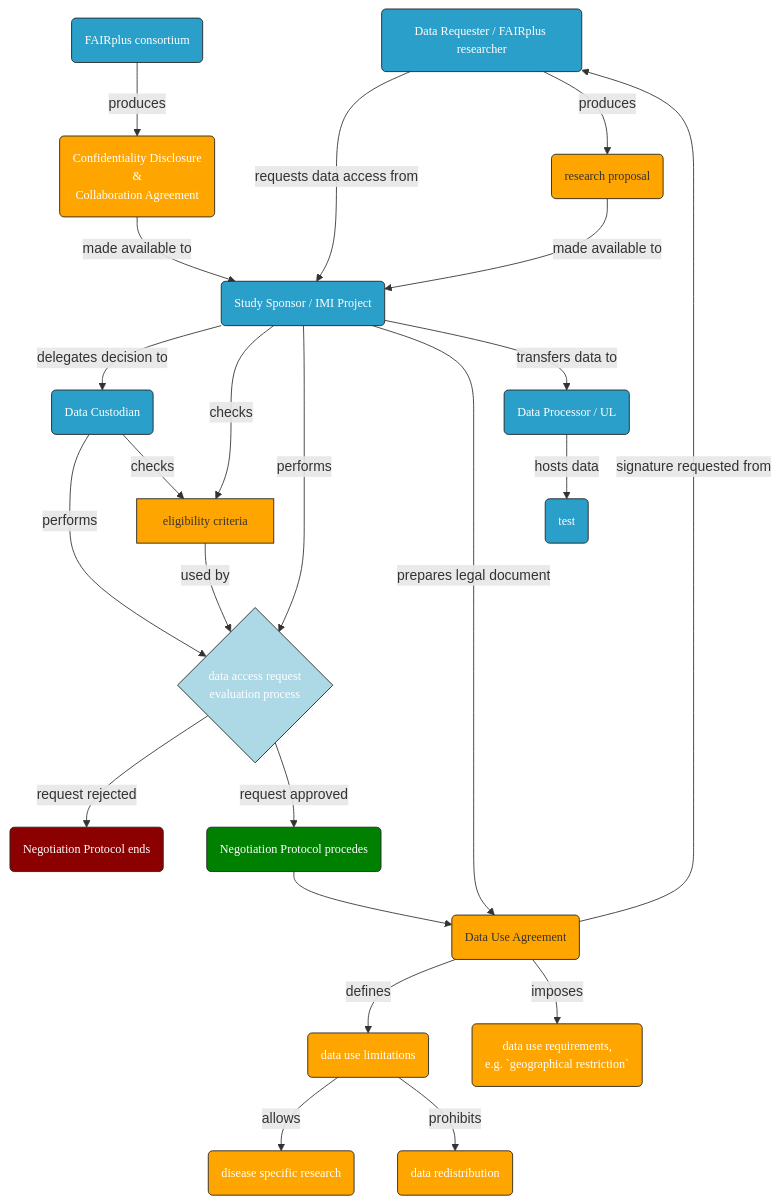
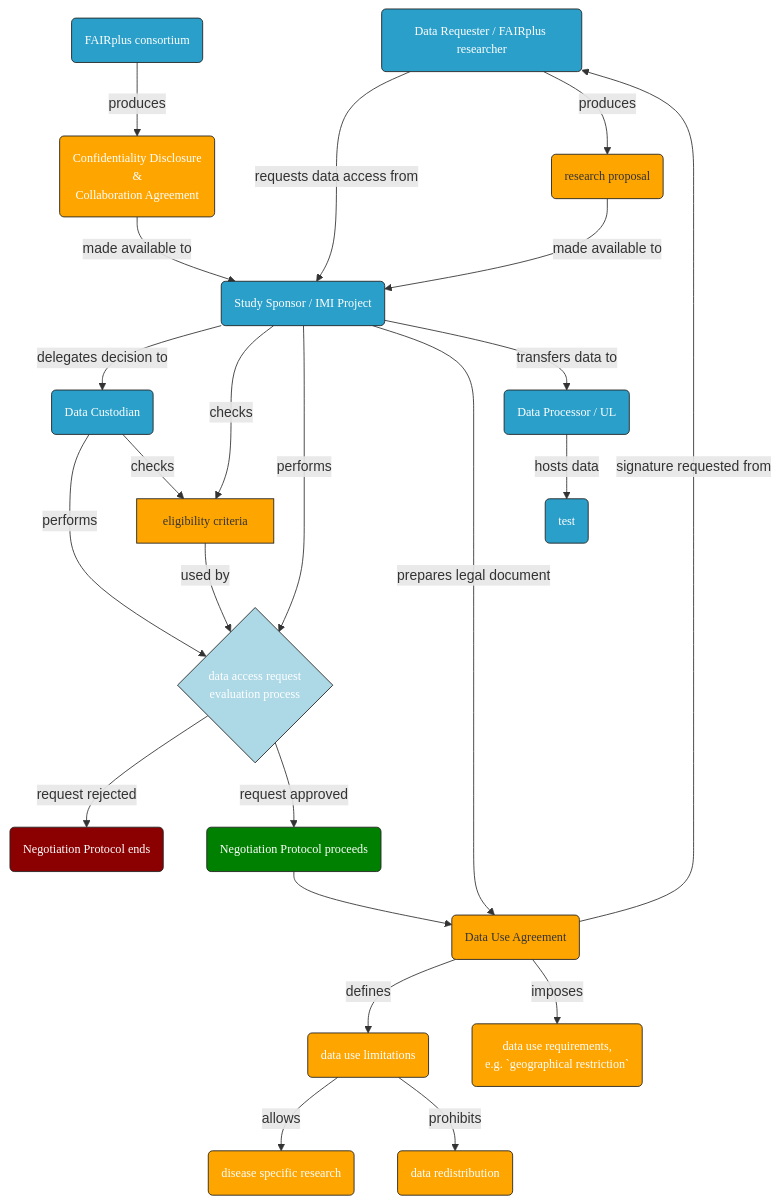
The diagram in _content_not_in_toc/recipes/introduction/IMI-Data-Access-Request-Process.md (FAIRplus/the-fair-cookbook), drawn with Mermaid before and after one commit. The commit also changed 8 other files, not shown here.

```diff
--- a/_content_not_in_toc/recipes/introduction/IMI-Data-Access-Request-Process.md
+++ b/_content_not_in_toc/recipes/introduction/IMI-Data-Access-Request-Process.md
@@ -32,36 +32,36 @@
 <div class="mermaid">
 
 graph TD
 A0(Data Requester / FAIRplus researcher):::box1 -->|requests data access from|B(Study Sponsor / IMI Project):::box1
 A0 -->|produces|A1(research proposal):::box2
 A11:::box1 -->|made available to|B(Study Sponsor / IMI Project):::box1
 A00(FAIRplus consortium):::box1 -->|produces|A11(Confidentiality Disclosure <br> & <br> Collaboration Agreement):::box2
 B-->|delegates decision to|B0
 B0(Data Custodian):::box1 -->|performs|D
 
 A1 -->|made available to|B
   B -->|checks|C1
   B0 -->|checks|C1
   C1[eligibility criteria]:::box2 -->|used by|D
   B -->|performs|D{data access request <br> evaluation  process}:::box4
   D -->|request rejected| A2(Negotiation Protocol ends):::box
-  D -->|request approved|D1(Negotiation Protocol procedes):::box3
+  D -->|request approved|D1(Negotiation Protocol proceeds):::box3
   D1 -->F
   B -->|prepares legal document|F(Data Use Agreement):::box2
 
   F -->|defines|G(data use limitations):::box5
   G -->|allows|G1(disease specific research):::box5
   F -->|imposes|F3(data use requirements, <br> e.g. `geographical restriction`):::box5
   G -->|prohibits|F2(data redistribution):::box5
   F -->|signature requested from|A0
 
   UL(Data Processor / UL):::box1 -->|hosts data|I(test):::box1
   B-->|transfers data to|UL
 
   classDef box1 font-family:avenir,font-size:14px,fill:#2a9fc9,stroke:#222,color:#fff,stroke-width:1px
   classDef box2 font-family:avenir,font-size:14px,fill:orange,stroke:#222,color:#red,stroke-width:1px
   classDef box font-family:avenir,font-size:14px,fill:darkred,stroke:#222,color:#fff,stroke-width:1px
   classDef box3 font-family:avenir,font-size:14px,fill:green,stroke:#222,color:#fff,stroke-width:1px
   classDef box4 font-family:avenir,font-size:14px,fill:lightblue,stroke:#222,color:#fff,stroke-width:1px
   classDef box5 font-family:avenir,font-size:14px,fill:orange,stroke:#222,color:#fff,stroke-width:1px
   </div>
```
